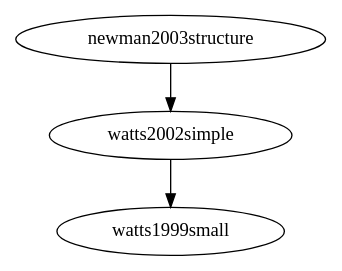
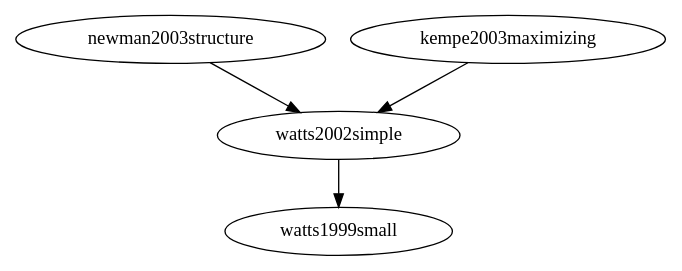
One commit to turbopope/nss changed the diagram in bibliography/bibliography.dot. Above: the diagram before and after it, drawn with Graphviz. The commit also changed 2 other files, not shown here.

Commit message:
Add kempe2003maximizing

```diff
--- a/bibliography/bibliography.dot
+++ b/bibliography/bibliography.dot
@@ -1,4 +1,5 @@
 digraph citations {
   newman2003structure -> watts2002simple
+  kempe2003maximizing -> watts2002simple
   watts2002simple -> watts1999small
 }
```
